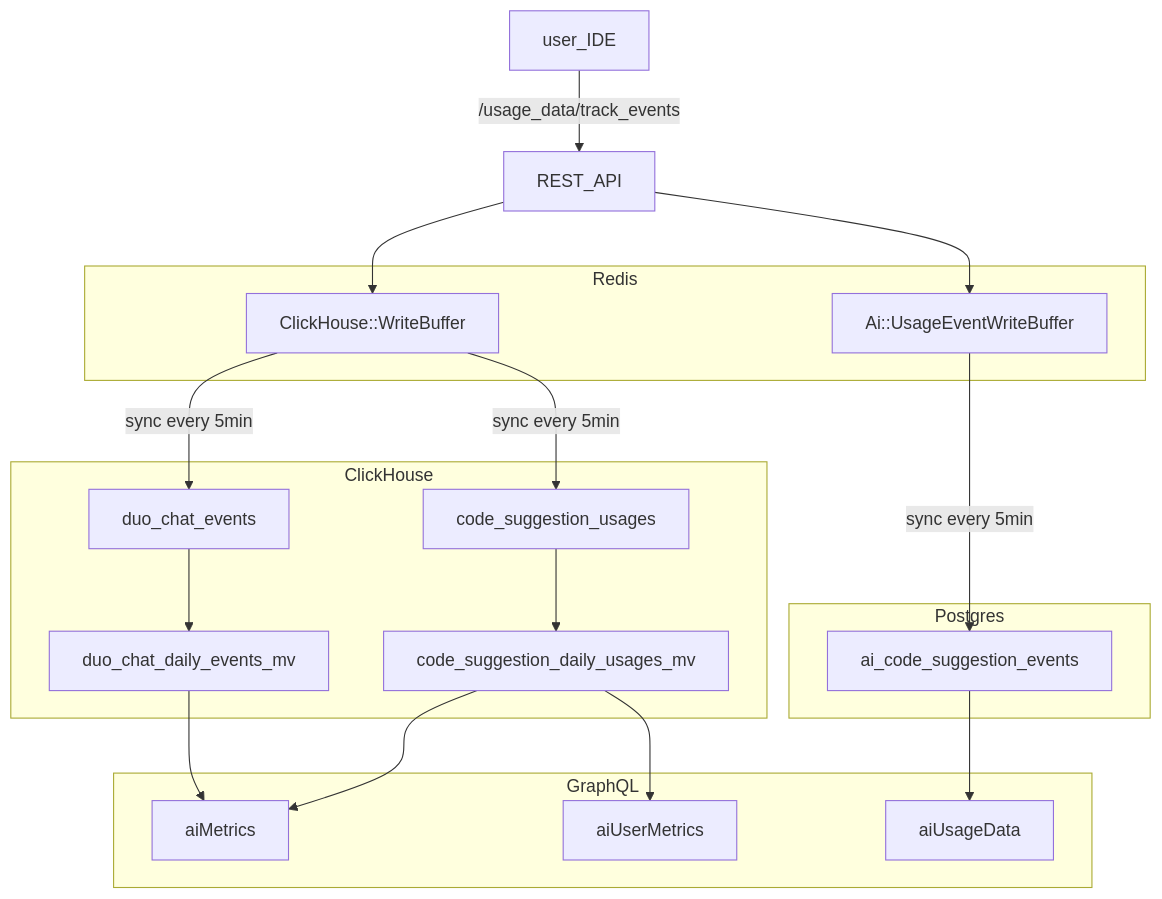
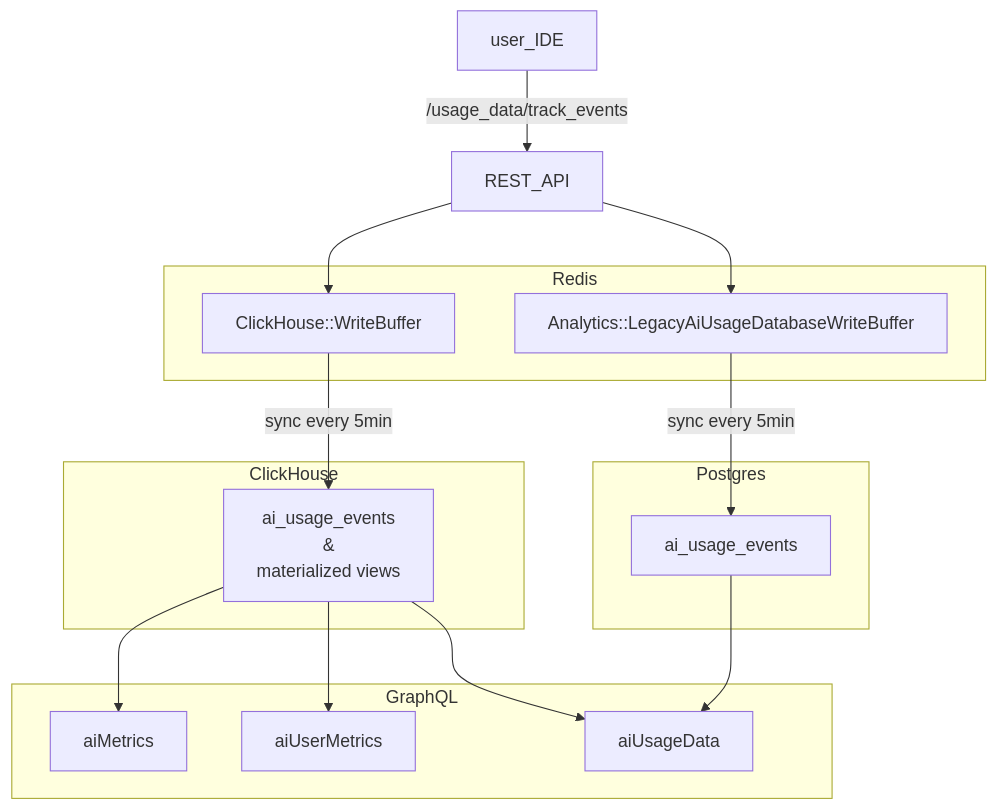
The second of 2 diagrams in content/handbook/engineering/data-engineering/analytics/optimize.md (kyama0/gitlab-handbook-ja), drawn with Mermaid before and after one commit. The commit also changed other lines of this file and 10 other files, not shown here.

````diff
--- a/content/handbook/engineering/data-engineering/analytics/optimize.md
+++ b/content/handbook/engineering/data-engineering/analytics/optimize.md
@@ -83,33 +81,28 @@
 ```mermaid
 flowchart TB
-    subgraph Postgres
-      ai_code_suggestion_events
+    subgraph Postgres["Postgres"]
+        ai_usage_events_pg["ai_usage_events"]
     end
-    subgraph ClickHouse
-      code_suggestion_usages
-      duo_chat_events
-      duo_chat_daily_events_mv
-      code_suggestion_daily_usages_mv
+
+    subgraph ClickHouse["ClickHouse"]
+        ai_usage_events_ch["ai_usage_events<br>&amp;<br>materialized views"]
     end
-    subgraph GraphQL
-      aiMetrics
-      aiUserMetrics
-      aiUsageData
+
+    subgraph GraphQL["GraphQL"]
+        aiMetrics["aiMetrics"]
+        aiUserMetrics["aiUserMetrics"]
+        aiUsageData["aiUsageData"]
     end
-    subgraph Redis
-      Ai::UsageEventWriteBuffer
-      ClickHouse::WriteBuffer
+
+    subgraph Redis["Redis"]
+        LegacyWriteBuffer["Analytics::LegacyAiUsageDatabaseWriteBuffer"]
+        ClickHouseWriteBuffer["ClickHouse::WriteBuffer"]
     end
-    user_IDE-->|/usage_data/track_events|REST_API
-    REST_API-->Ai::UsageEventWriteBuffer
-    REST_API-->ClickHouse::WriteBuffer
-    Ai::UsageEventWriteBuffer-->|sync every 5min|ai_code_suggestion_events
-    ClickHouse::WriteBuffer-->|sync every 5min|code_suggestion_usages
-    ClickHouse::WriteBuffer-->|sync every 5min|duo_chat_events
-    duo_chat_events --> duo_chat_daily_events_mv
-    code_suggestion_usages --> code_suggestion_daily_usages_mv
-    ai_code_suggestion_events --> aiUsageData
-    duo_chat_daily_events_mv --> aiMetrics
-    code_suggestion_daily_usages_mv --> aiMetrics
-    code_suggestion_daily_usages_mv --> aiUserMetrics
+
+    user_IDE["user_IDE"] -- /usage_data/track_events --> REST_API["REST_API"]
+    REST_API --> LegacyWriteBuffer & ClickHouseWriteBuffer
+    LegacyWriteBuffer -- sync every 5min --> ai_usage_events_pg
+    ClickHouseWriteBuffer -- sync every 5min --> ai_usage_events_ch
+    ai_usage_events_ch --> aiUsageData & aiMetrics & aiUserMetrics
+    ai_usage_events_pg --> aiUsageData
 ```
````
